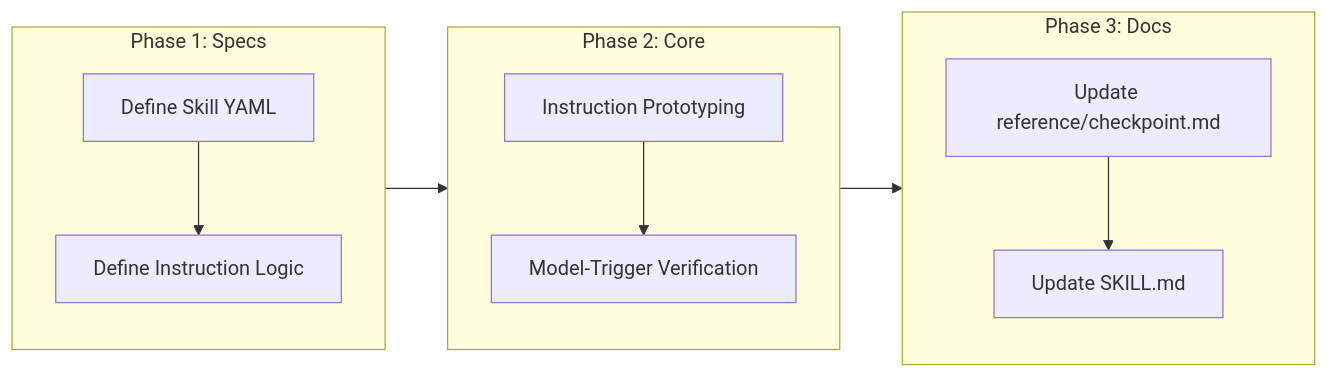
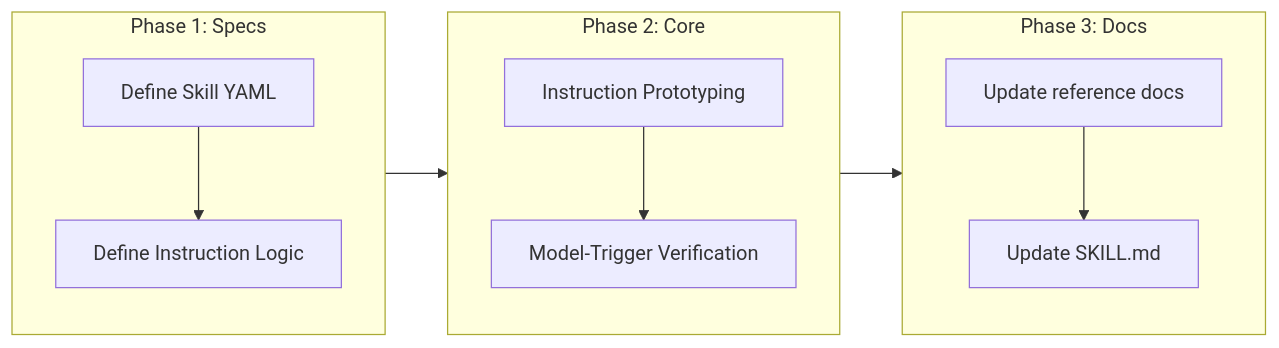
Before and after one commit to desek/governance: the third of 3 diagrams in docs/cr/CR-0010-checkpoint-slash-command.md, drawn with Mermaid. The commit also changed other lines of this file, not shown here.

First line of the commit message:
checkpoint(CR-0010): update CR-0010 with checkpoint hooks integration

````diff
--- a/docs/cr/CR-0010-checkpoint-slash-command.md
+++ b/docs/cr/CR-0010-checkpoint-slash-command.md
@@ -181,13 +182,13 @@
 ```mermaid
 flowchart LR
     subgraph Phase1["Phase 1: Specs"]
         A1[Define Skill YAML] --> A2[Define Instruction Logic]
     end
     subgraph Phase2["Phase 2: Core"]
         B1[Instruction Prototyping] --> B2[Model-Trigger Verification]
     end
     subgraph Phase3["Phase 3: Docs"]
-        C1[Update reference/checkpoint.md] --> C2[Update SKILL.md]
+        C1[Update reference docs] --> C2[Update SKILL.md]
     end
     Phase1 --> Phase2 --> Phase3
 ```
````
